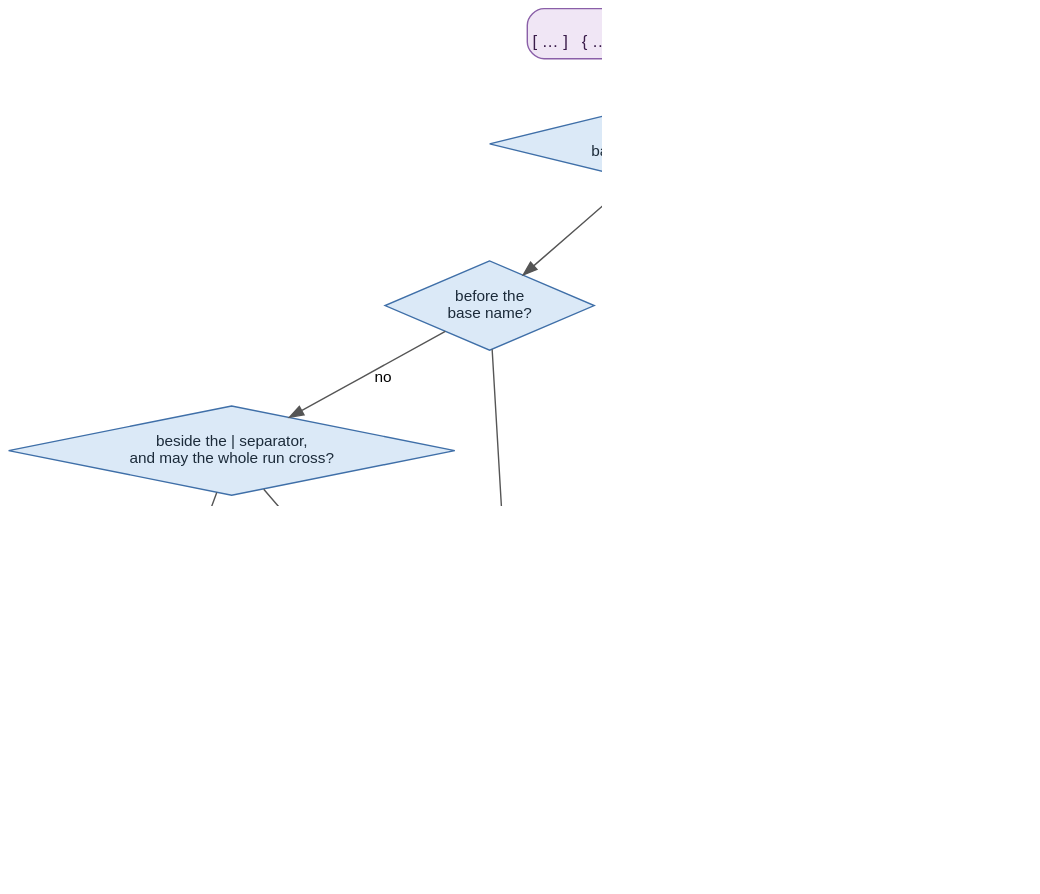
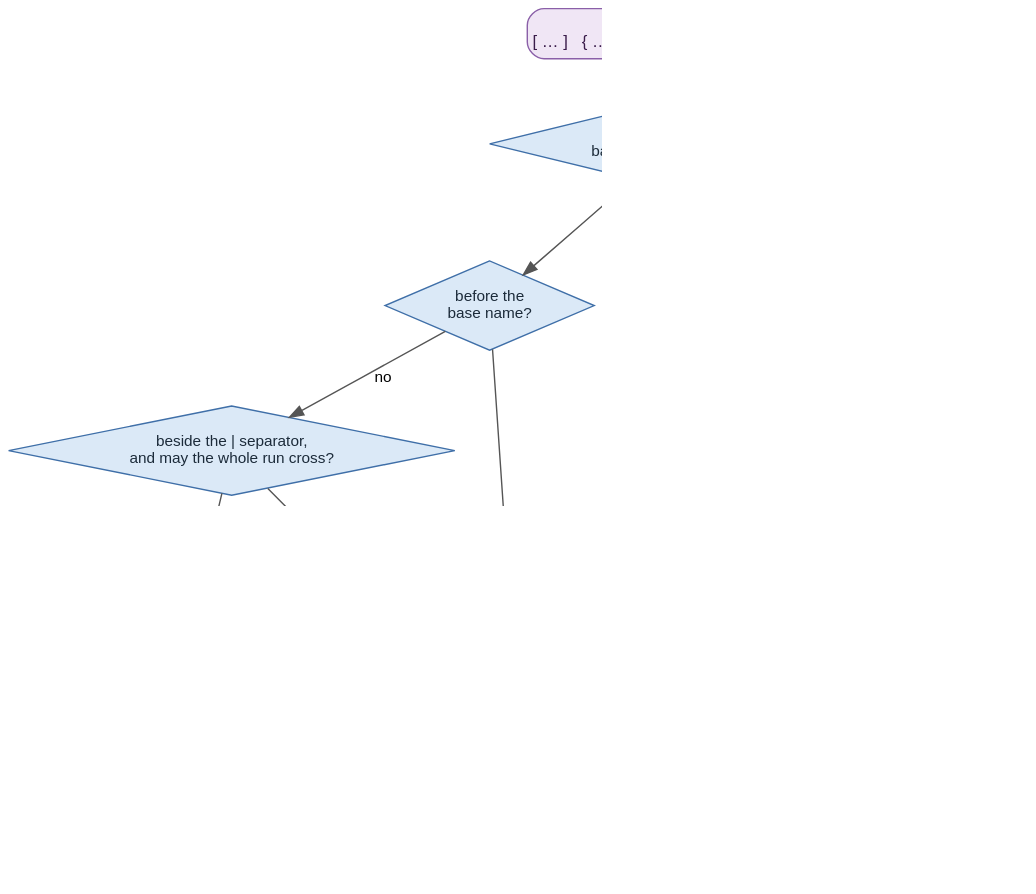
The diagram in docs/diagrams/comment-classify-bracket.dot (gilramir/gren-format-lib), drawn with Graphviz before and after one commit. The commit also changed 34 other files, not shown here.

```diff
--- a/docs/diagrams/comment-classify-bracket.dot
+++ b/docs/diagrams/comment-classify-bracket.dot
@@ -1,59 +1,59 @@
 digraph ClassifyBracket {
     rankdir=TB;
     bgcolor="white";
     dpi=130;
     fontname="Helvetica,Arial,sans-serif";
     ranksep=0.38;
     nodesep=0.40;
 
     node [fontname="Helvetica,Arial,sans-serif", fontsize=12];
     edge [fontname="Helvetica,Arial,sans-serif", fontsize=11, color="#555555"];
 
     node [shape=box, style="rounded,filled", fillcolor="#f0e6f5", color="#8a5fa8", fontcolor="#3a1c4a"];
     entry [label="the bracket branch\n[ … ]   { … }   { r | … }   exposing ( … )"];
 
     node [shape=diamond, style="filled", fillcolor="#dbe9f7", color="#3f6fa8", fontcolor="#1c2b3a", fontsize=11];
     dUpdate [label="in a record update's\nbase…first-field region?"];
 
     uBase [label="before the\nbase name?"];
     uSep  [label="beside the | separator,\nand may the whole run cross?"];
     uRow  [label="on the\nbase's row?"];
 
     lSep [label="in the , gap,\nand may the whole run cross?"];
     lOwn [label="on a row\nof its own?"];
     lStr [label="opener slot before\na \"\"\"…\"\"\" item?"];
 
     kKind [label="can its text\nshare a line?"];
 
     node [shape=box, style="rounded,filled", fillcolor="#e4f3e4", color="#4b8b4b", fontcolor="#14401b", fontsize=12];
     r1 [label="LeadsNext"];
     r2 [label="TrailsHead"];
-    r3 [label="LeadsOwnLine"];
+    r3 [label="LeadsLine"];
     r4 [label="LeadsNext"];
-    r5 [label="LeadsOwnLine"];
-    r6 [label="LeadsOwnLine"];
+    r5 [label="LeadsLine"];
+    r6 [label="LeadsLine"];
     r7 [label="RidesInline"];
     r8 [label="TrailsPrevious"];
 
     entry -> dUpdate;
 
     dUpdate -> uBase [label=" yes "];
     dUpdate -> lSep  [label=" no: an\l item list\l"];
 
     uBase -> kKind [label=" yes: the\l opener slot\l"];
     uBase -> uSep  [label=" no "];
     uSep  -> r1    [label=" yes (C2) "];
     uSep  -> uRow  [label=" no "];
     uRow  -> r2    [label=" yes "];
     uRow  -> r3    [label=" no "];
 
     lSep -> r4   [label=" yes (C2) "];
     lSep -> lOwn [label=" no "];
     lOwn -> r5   [label=" yes "];
     lOwn -> lStr [label=" no "];
     lStr -> r6   [label=" yes "];
     lStr -> kKind [label=" no "];
 
     kKind -> r7 [label=" yes "];
     kKind -> r8 [label=" no "];
 }
```
